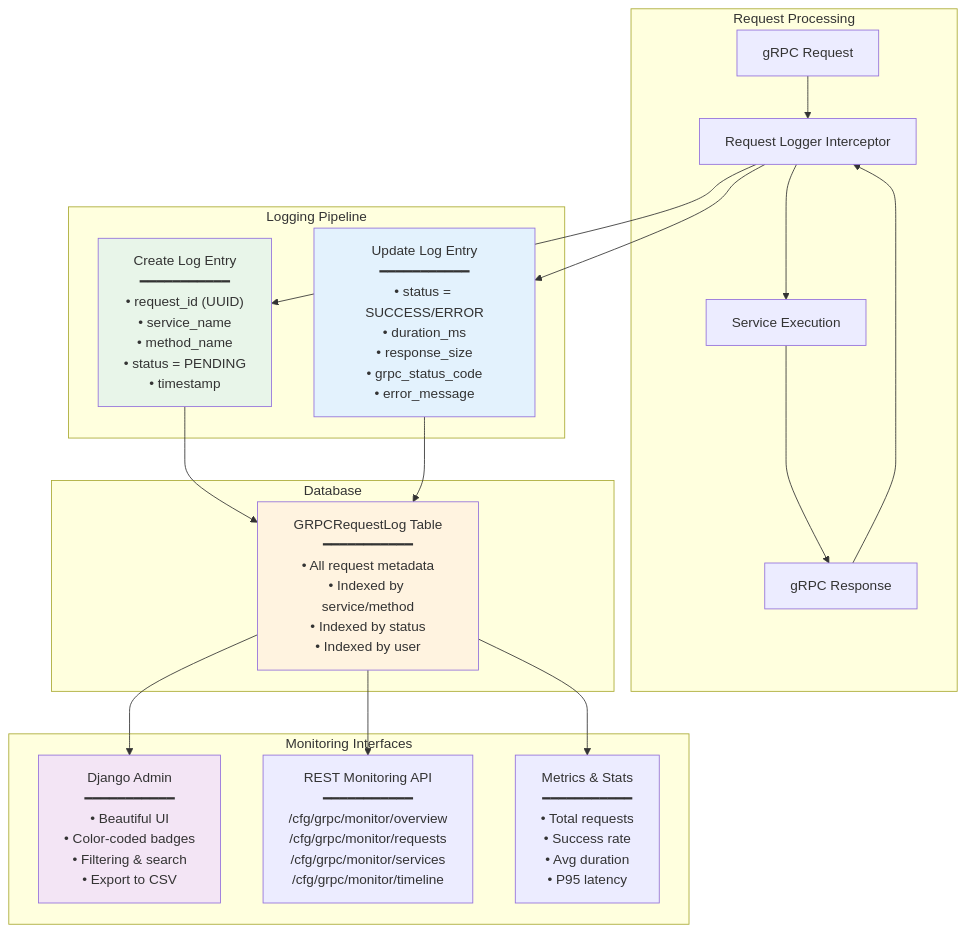
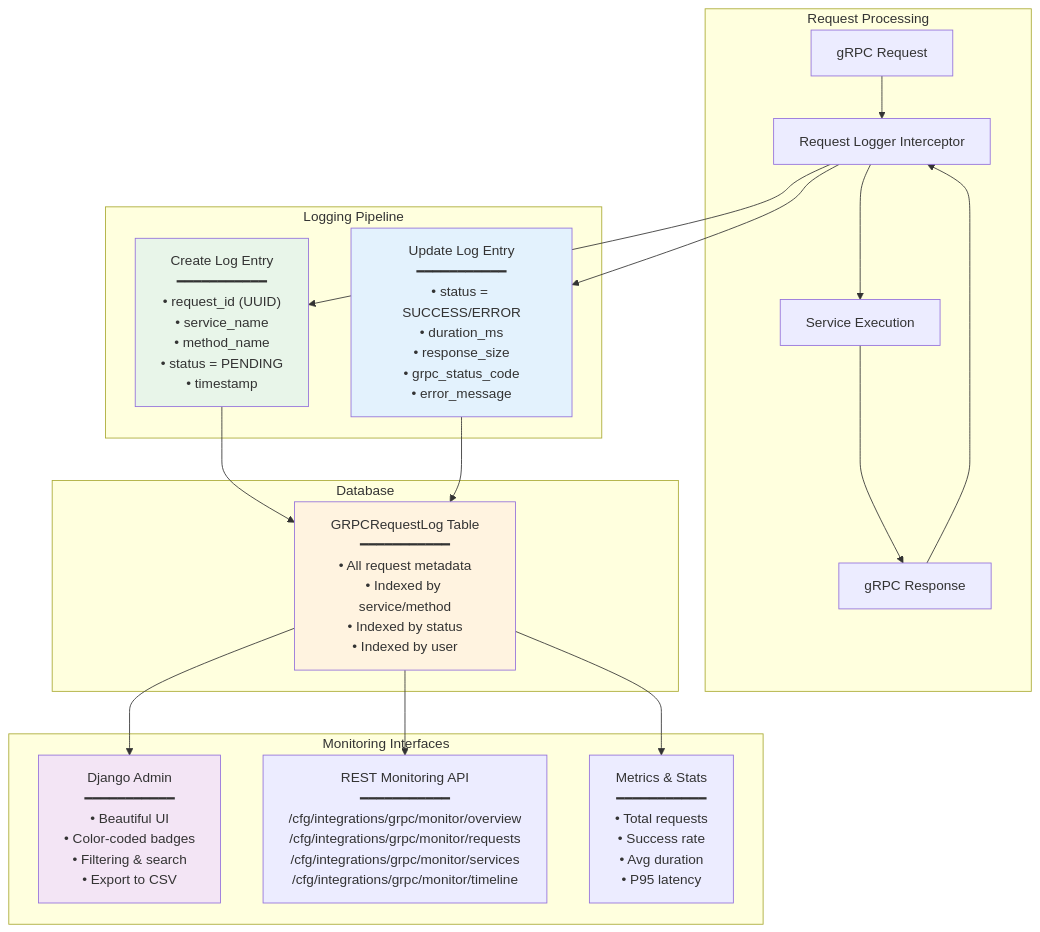
One commit to markolofsen/django-cfg changed the ninth of 12 diagrams in docs/features/integrations/grpc/architecture.md. Above: the diagram before and after it, drawn with Mermaid. The commit also changed other lines of this file and 739 other files, not shown here.

````diff
--- a/docs/features/integrations/grpc/architecture.md
+++ b/docs/features/integrations/grpc/architecture.md
@@ -445,47 +445,47 @@
 ```mermaid
 graph TB
     subgraph "Request Processing"
         Request["gRPC Request"]
         Interceptor["Request Logger Interceptor"]
         Service["Service Execution"]
         Response["gRPC Response"]
     end
 
     subgraph "Logging Pipeline"
         Create["Create Log Entry<br/>━━━━━━━━━━━<br/>• request_id (UUID)<br/>• service_name<br/>• method_name<br/>• status = PENDING<br/>• timestamp"]
 
         Update["Update Log Entry<br/>━━━━━━━━━━━<br/>• status = SUCCESS/ERROR<br/>• duration_ms<br/>• response_size<br/>• grpc_status_code<br/>• error_message"]
     end
 
     subgraph "Database"
         LogTable["GRPCRequestLog Table<br/>━━━━━━━━━━━<br/>• All request metadata<br/>• Indexed by service/method<br/>• Indexed by status<br/>• Indexed by user"]
     end
 
     subgraph "Monitoring Interfaces"
         Admin["Django Admin<br/>━━━━━━━━━━━<br/>• Beautiful UI<br/>• Color-coded badges<br/>• Filtering & search<br/>• Export to CSV"]
 
-        RestAPI["REST Monitoring API<br/>━━━━━━━━━━━<br/>/cfg/grpc/monitor/overview<br/>/cfg/grpc/monitor/requests<br/>/cfg/grpc/monitor/services<br/>/cfg/grpc/monitor/timeline"]
+        RestAPI["REST Monitoring API<br/>━━━━━━━━━━━<br/>/cfg/integrations/grpc/monitor/overview<br/>/cfg/integrations/grpc/monitor/requests<br/>/cfg/integrations/grpc/monitor/services<br/>/cfg/integrations/grpc/monitor/timeline"]
 
         Metrics["Metrics & Stats<br/>━━━━━━━━━━━<br/>• Total requests<br/>• Success rate<br/>• Avg duration<br/>• P95 latency"]
     end
 
     Request --> Interceptor
     Interceptor --> Create
     Create --> LogTable
 
     Interceptor --> Service
     Service --> Response
 
     Response --> Interceptor
     Interceptor --> Update
     Update --> LogTable
 
     LogTable --> Admin
     LogTable --> RestAPI
     LogTable --> Metrics
 
     style Create fill:#e8f5e9
     style Update fill:#e3f2fd
     style LogTable fill:#fff3e0
     style Admin fill:#f3e5f5
 ```
````
